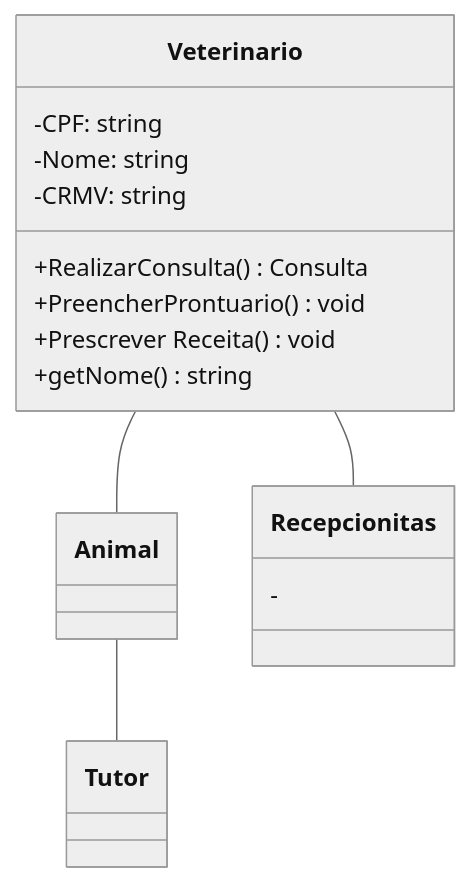
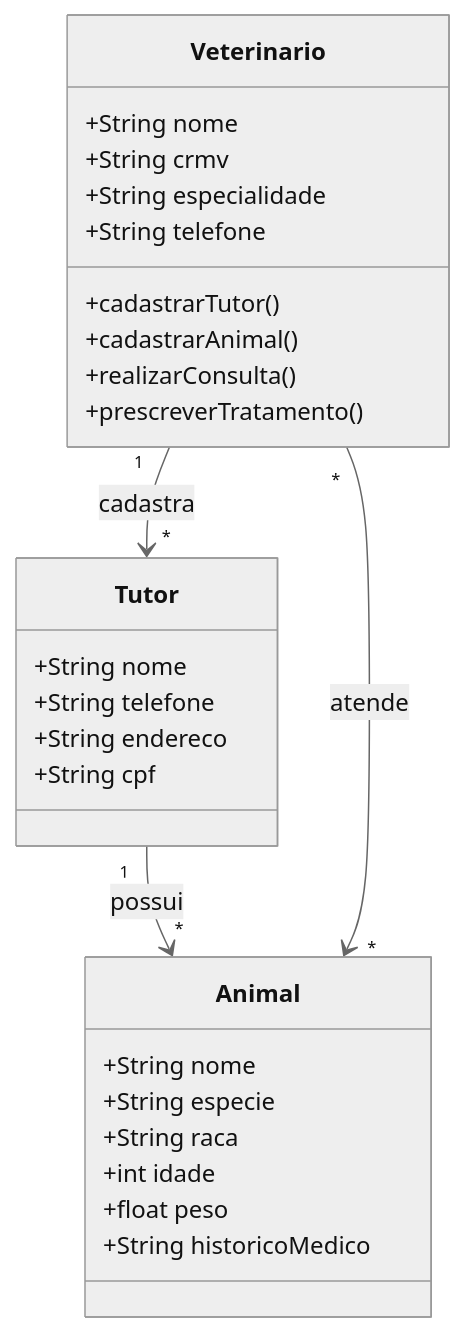
The second of 2 diagrams in README.md (gabrielassuncao04/Desenvolvimento_ClinicaVet_2026), drawn with Mermaid (neutral theme) before and after one commit.

````diff
--- a/README.md
+++ b/README.md
@@ -32,26 +32,33 @@
 ```mermaid
 classDiagram
-    class Veterinario {
-        -CPF: string 
-        -Nome: string
-        -CRMV: string
-        +RealizarConsulta() Consulta
-        +PreencherProntuario() void 
-        +Prescrever Receita () void
-        +getNome() string
-    }
-        Veterinario -- Animal
-        Animal -- Tutor
-        Veterinario -- Recepcionitas
-    class Recepcionitas{
-        -
+    class Tutor {
+        +String nome
+        +String telefone
+        +String endereco
+        +String cpf
     }
 
-    class Animal{
-
+    class Animal {
+        +String nome
+        +String especie
+        +String raca
+        +int idade
+        +float peso
+        +String historicoMedico
     }
 
-    class Tutor{
+    class Veterinario {
+        +String nome
+        +String crmv
+        +String especialidade
+        +String telefone
+        +cadastrarTutor()
+        +cadastrarAnimal()
+        +realizarConsulta()
+        +prescreverTratamento()
+    }
 
-    }
+    Tutor "1" --> "*" Animal : possui
+    Veterinario "1" --> "*" Tutor : cadastra
+    Veterinario "*" --> "*" Animal : atende
 ```
````
